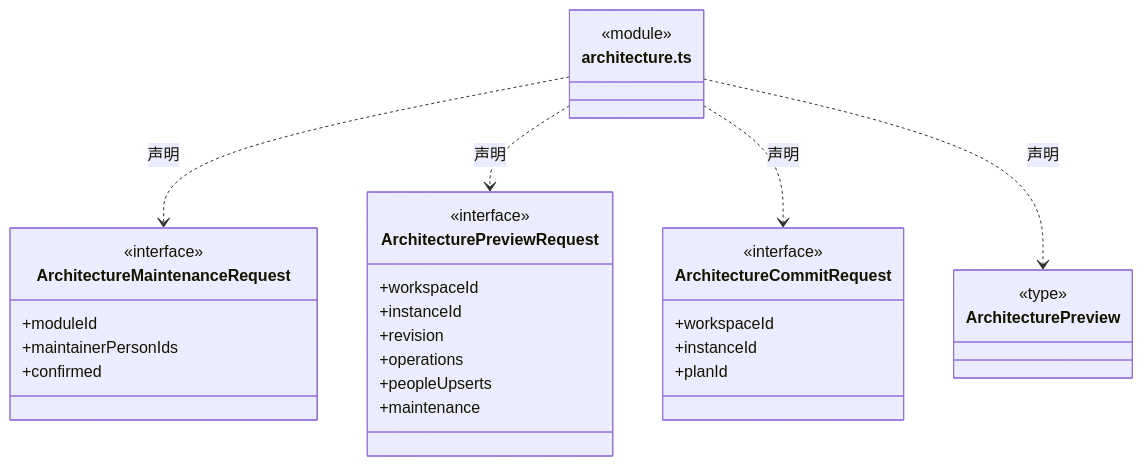
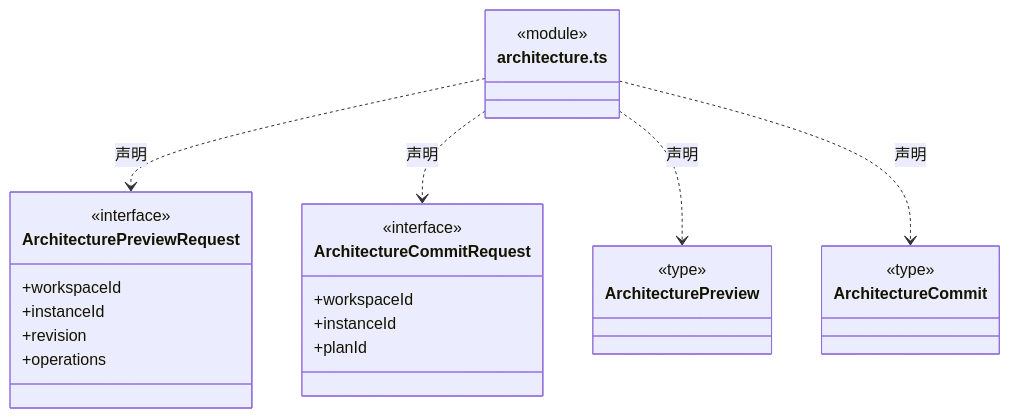
The third of 31 diagrams in src/bridge/contracts/ARCHITECTURE.md (nan023062/cbim), drawn with Mermaid before and after one commit. The commit also changed other lines of this file and 90 other files, not shown here.

````diff
--- a/src/bridge/contracts/ARCHITECTURE.md
+++ b/src/bridge/contracts/ARCHITECTURE.md
@@ -66,35 +66,31 @@
 ```mermaid
 classDiagram
 class N_src_bridge_contracts_architecture_ts["architecture.ts"] {
   <<module>>
 }
-class N_src_bridge_contracts_architecture_ts_ArchitectureMaintenanceRequest["ArchitectureMaintenanceRequest"] {
-  <<interface>>
-  +moduleId
-  +maintainerPersonIds
-  +confirmed
-}
-N_src_bridge_contracts_architecture_ts ..> N_src_bridge_contracts_architecture_ts_ArchitectureMaintenanceRequest : 声明
 class N_src_bridge_contracts_architecture_ts_ArchitecturePreviewRequest["ArchitecturePreviewRequest"] {
   <<interface>>
   +workspaceId
   +instanceId
   +revision
   +operations
-  +peopleUpserts
-  +maintenance
 }
 N_src_bridge_contracts_architecture_ts ..> N_src_bridge_contracts_architecture_ts_ArchitecturePreviewRequest : 声明
 class N_src_bridge_contracts_architecture_ts_ArchitectureCommitRequest["ArchitectureCommitRequest"] {
   <<interface>>
   +workspaceId
   +instanceId
   +planId
 }
 N_src_bridge_contracts_architecture_ts ..> N_src_bridge_contracts_architecture_ts_ArchitectureCommitRequest : 声明
 class N_src_bridge_contracts_architecture_ts_ArchitecturePreview["ArchitecturePreview"] {
   <<type>>
 
 }
 N_src_bridge_contracts_architecture_ts ..> N_src_bridge_contracts_architecture_ts_ArchitecturePreview : 声明
+class N_src_bridge_contracts_architecture_ts_ArchitectureCommit["ArchitectureCommit"] {
+  <<type>>
+
+}
+N_src_bridge_contracts_architecture_ts ..> N_src_bridge_contracts_architecture_ts_ArchitectureCommit : 声明
 ```
````
